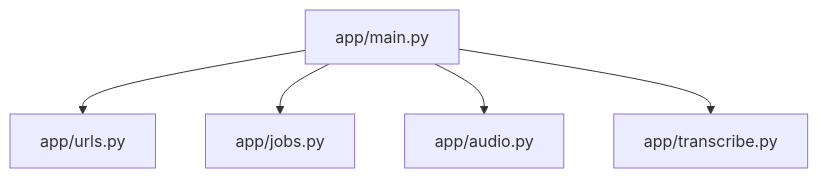
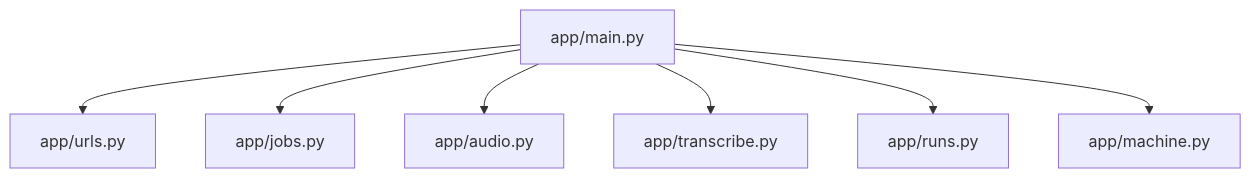
The diagram in aidd_docs/memory/codebase-map.md (kevpdev/yt-transcriber), drawn with Mermaid before and after one commit. The commit also changed other lines of this file and 4 other files, not shown here.

````diff
--- a/aidd_docs/memory/codebase-map.md
+++ b/aidd_docs/memory/codebase-map.md
@@ -5,7 +5,9 @@
 ```mermaid
 flowchart TD
     main["app/main.py"] --> urls["app/urls.py"]
     main --> jobs["app/jobs.py"]
     main --> audio["app/audio.py"]
     main --> transcribe["app/transcribe.py"]
+    main --> runs["app/runs.py"]
+    main --> machine["app/machine.py"]
 ```
````
